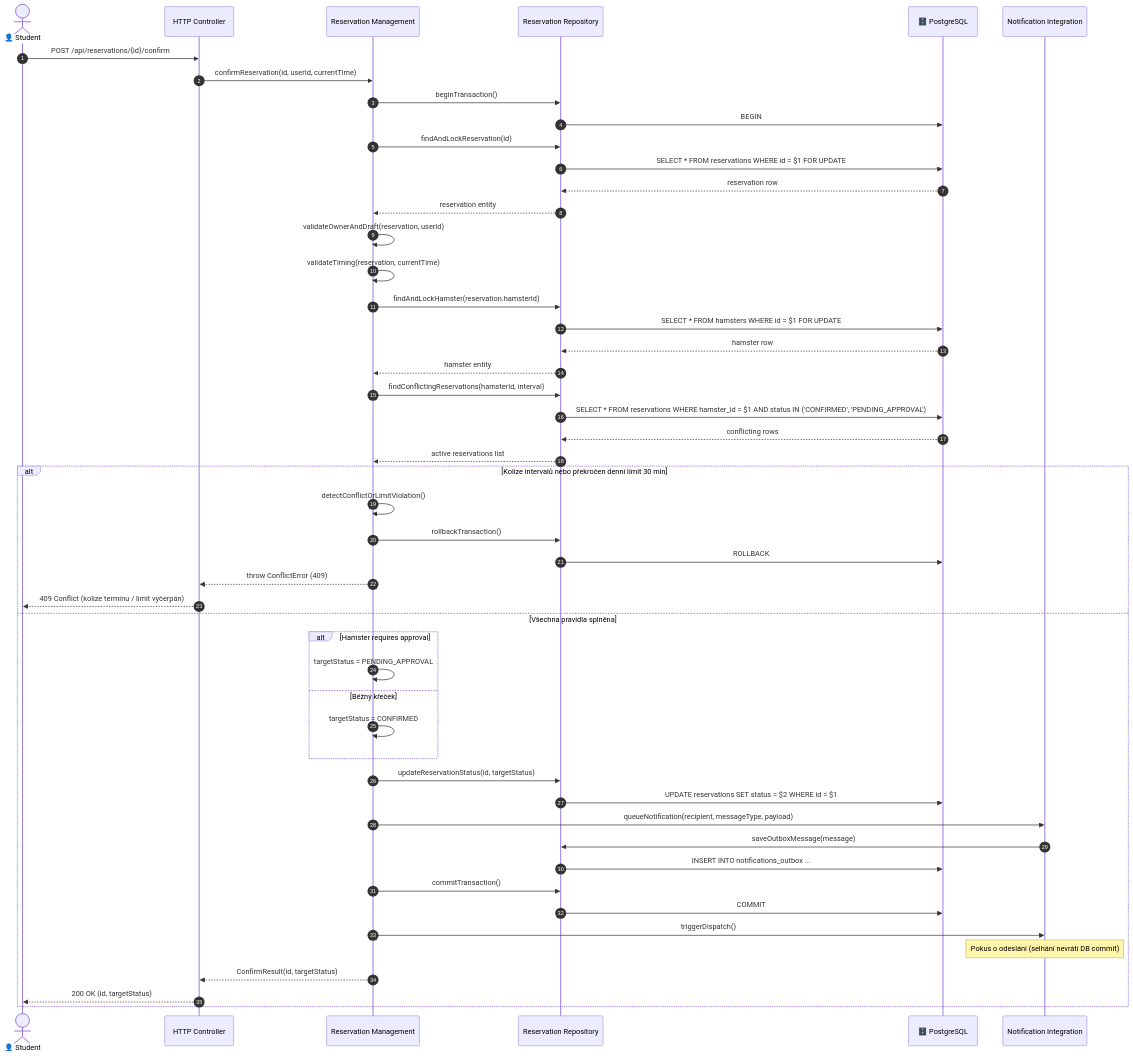
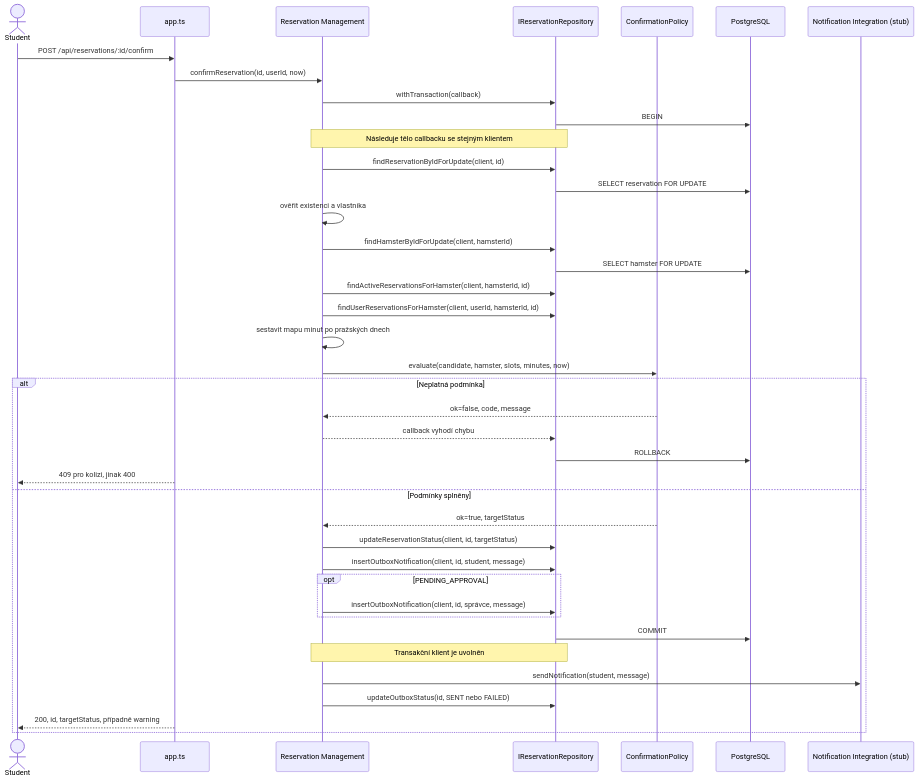
Before and after one commit to tomaskirnig/SWI_2027: the fifth of 8 diagrams in docs/architecture-and-decisions.md, drawn with Mermaid. The commit also changed other lines of this file and 12 other files, not shown here.

````diff
--- a/docs/architecture-and-decisions.md
+++ b/docs/architecture-and-decisions.md
@@ -703,64 +654,42 @@
 ```mermaid
 sequenceDiagram
-    autonumber
-    actor Student as 👤 Student
-    participant Controller as HTTP Controller
-    participant ResMgmt as Reservation Management
-    participant Repo as Reservation Repository
-    participant DB as 🗄️ PostgreSQL
-    participant Notif as Notification Integration
-
-    Student ->> Controller: POST /api/reservations/{id}/confirm
-    Controller ->> ResMgmt: confirmReservation(id, userId, currentTime)
-    
-    ResMgmt ->> Repo: beginTransaction()
-    Repo ->> DB: BEGIN
-    
-    ResMgmt ->> Repo: findAndLockReservation(id)
-    Repo ->> DB: SELECT * FROM reservations WHERE id = $1 FOR UPDATE
-    DB -->> Repo: reservation row
-    Repo -->> ResMgmt: reservation entity
-    
-    ResMgmt ->> ResMgmt: validateOwnerAndDraft(reservation, userId)
-    ResMgmt ->> ResMgmt: validateTiming(reservation, currentTime)
-    
-    ResMgmt ->> Repo: findAndLockHamster(reservation.hamsterId)
-    Repo ->> DB: SELECT * FROM hamsters WHERE id = $1 FOR UPDATE
-    DB -->> Repo: hamster row
-    Repo -->> ResMgmt: hamster entity
-    
-    ResMgmt ->> Repo: findConflictingReservations(hamsterId, interval)
-    Repo ->> DB: SELECT * FROM reservations WHERE hamster_id = $1 AND status IN ('CONFIRMED', 'PENDING_APPROVAL')
-    DB -->> Repo: conflicting rows
-    Repo -->> ResMgmt: active reservations list
-
-    alt Kolize intervalů nebo překročen denní limit 30 min
-        ResMgmt ->> ResMgmt: detectConflictOrLimitViolation()
-        ResMgmt ->> Repo: rollbackTransaction()
-        Repo ->> DB: ROLLBACK
-        ResMgmt -->> Controller: throw ConflictError (409)
-        Controller -->> Student: 409 Conflict (kolize termínu / limit vyčerpán)
-    else Všechna pravidla splněna
-        alt Hamster requires approval
-            ResMgmt ->> ResMgmt: targetStatus = PENDING_APPROVAL
-        else Běžný křeček
-            ResMgmt ->> ResMgmt: targetStatus = CONFIRMED
+    actor Student
+    participant API as app.ts
+    participant Svc as Reservation Management
+    participant Repo as IReservationRepository
+    participant Policy as ConfirmationPolicy
+    participant DB as PostgreSQL
+    participant Notif as Notification Integration (stub)
+    Student->>API: POST /api/reservations/:id/confirm
+    API->>Svc: confirmReservation(id, userId, now)
+    Svc->>Repo: withTransaction(callback)
+    Repo->>DB: BEGIN
+    Note over Svc,Repo: Následuje tělo callbacku se stejným klientem
+    Svc->>Repo: findReservationByIdForUpdate(client, id)
+    Repo->>DB: SELECT reservation FOR UPDATE
+    Svc->>Svc: ověřit existenci a vlastníka
+    Svc->>Repo: findHamsterByIdForUpdate(client, hamsterId)
+    Repo->>DB: SELECT hamster FOR UPDATE
+    Svc->>Repo: findActiveReservationsForHamster(client, hamsterId, id)
+    Svc->>Repo: findUserReservationsForHamster(client, userId, hamsterId, id)
+    Svc->>Svc: sestavit mapu minut po pražských dnech
+    Svc->>Policy: evaluate(candidate, hamster, slots, minutes, now)
+    alt Neplatná podmínka
+        Policy-->>Svc: ok=false, code, message
+        Svc-->>Repo: callback vyhodí chybu
+        Repo->>DB: ROLLBACK
+        API-->>Student: 409 pro kolizi, jinak 400
+    else Podmínky splněny
+        Policy-->>Svc: ok=true, targetStatus
+        Svc->>Repo: updateReservationStatus(client, id, targetStatus)
+        Svc->>Repo: insertOutboxNotification(client, id, student, message)
+        opt PENDING_APPROVAL
+            Svc->>Repo: insertOutboxNotification(client, id, správce, message)
         end
-
-        ResMgmt ->> Repo: updateReservationStatus(id, targetStatus)
-        Repo ->> DB: UPDATE reservations SET status = $2 WHERE id = $1
-        
-        ResMgmt ->> Notif: queueNotification(recipient, messageType, payload)
-        Notif ->> Repo: saveOutboxMessage(message)
-        Repo ->> DB: INSERT INTO notifications_outbox ...
-        
-        ResMgmt ->> Repo: commitTransaction()
-        Repo ->> DB: COMMIT
-        
-        ResMgmt ->> Notif: triggerDispatch()
-        Note over Notif: Pokus o odeslání (selhání nevrátí DB commit)
-        
-        ResMgmt -->> Controller: ConfirmResult(id, targetStatus)
-        Controller -->> Student: 200 OK (id, targetStatus)
+        Repo->>DB: COMMIT
+        Note over Svc,Repo: Transakční klient je uvolněn
+        Svc->>Notif: sendNotification(student, message)
+        Svc->>Repo: updateOutboxStatus(id, SENT nebo FAILED)
+        API-->>Student: 200, id, targetStatus, případně warning
     end
 ```
````
